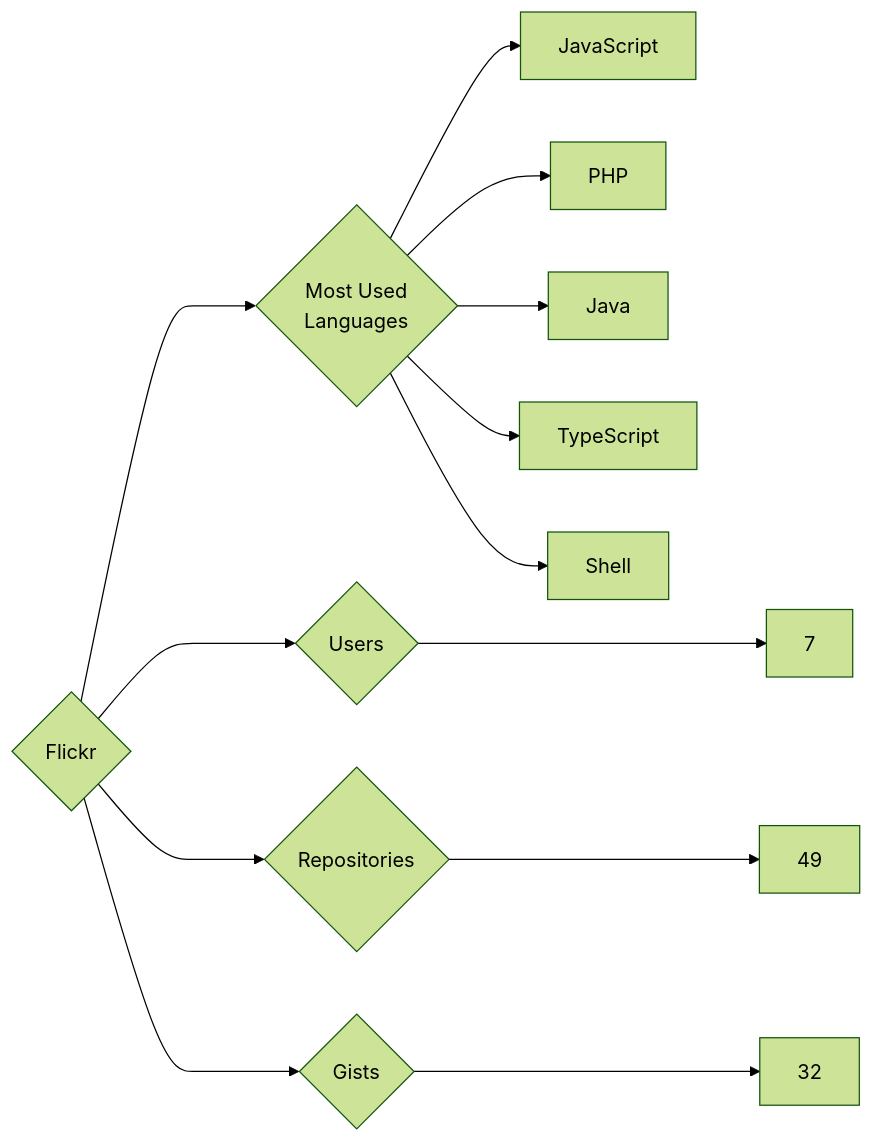
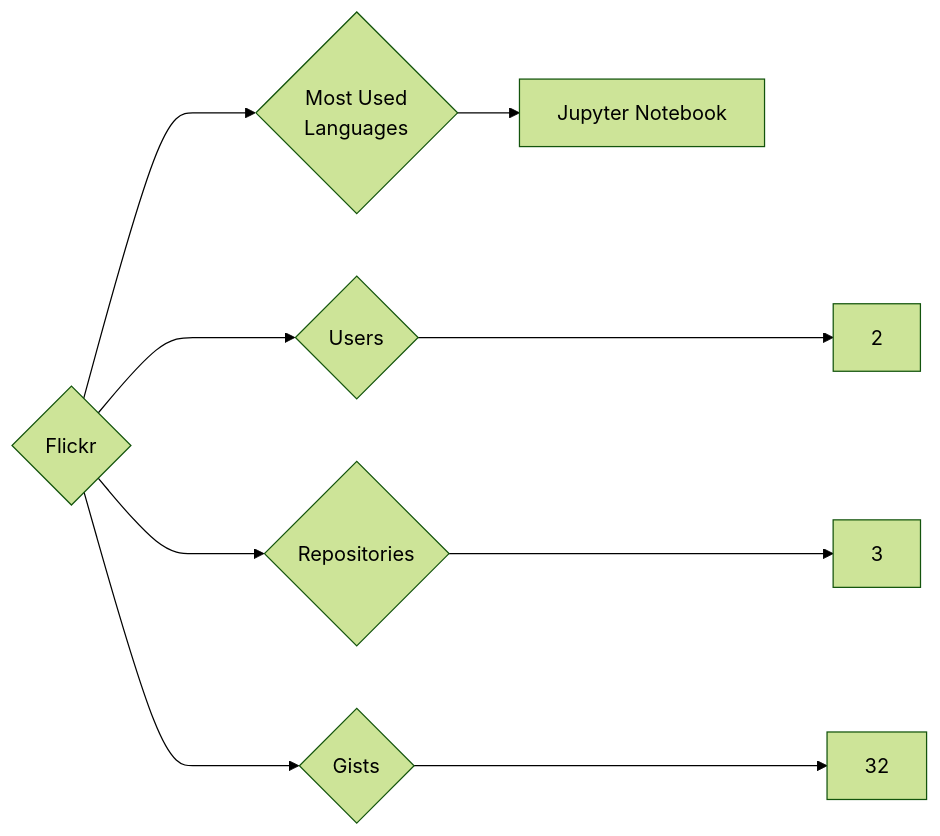
One commit to trickest/insiders changed the diagram in targets/Flickr/README.md. Above: the diagram before and after it, drawn with Mermaid (forest theme). The commit also changed 815 other files, not shown here.

````diff
--- a/targets/Flickr/README.md
+++ b/targets/Flickr/README.md
@@ -3,13 +3,9 @@
 ```mermaid
 graph LR
 COMPANY_NAME{Flickr}
-COMPANY_NAME ---> U{Users} ---> UN[7]
-COMPANY_NAME ---> R{Repositories} ---> RN[49]
+COMPANY_NAME ---> U{Users} ---> UN[2]
+COMPANY_NAME ---> R{Repositories} ---> RN[3]
 COMPANY_NAME ---> G{Gists} ---> GN[32]
 COMPANY_NAME ---> ML{Most Used<br>Languages}
-ML --> JavaScript[JavaScript]
-ML --> PHP[PHP]
-ML --> Java[Java]
-ML --> TypeScript[TypeScript]
-ML --> Shell[Shell]
+ML --> Jupyter_Notebook[Jupyter Notebook]
 ```
````
